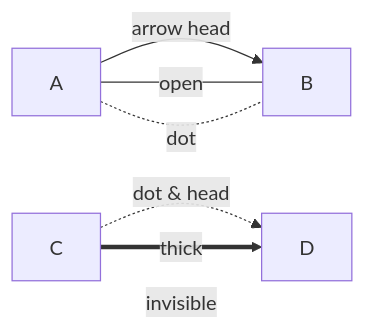
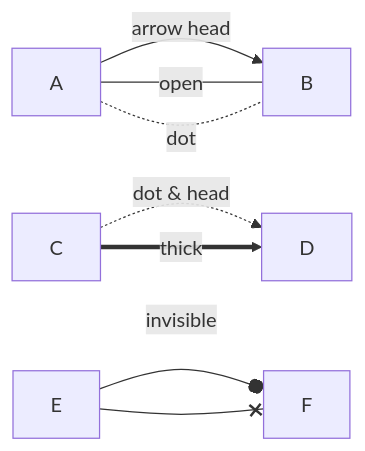
Before and after one commit to ryomashita/mermaid-example: the ninth of 11 diagrams in flow-chart.md, drawn with Mermaid. The commit also changed other lines of this file, not shown here.

````diff
--- a/flow-chart.md
+++ b/flow-chart.md
@@ -121,9 +123,11 @@
 ```mermaid
 flowchart LR
     A-->|arrow head|B
     A---|open|B
     A-.-|dot|B
     C-.->|dot & head|D
     C==>|thick|D
     C~~~|invisible|D
+    E--oF
+    E--xF
 ```
````
